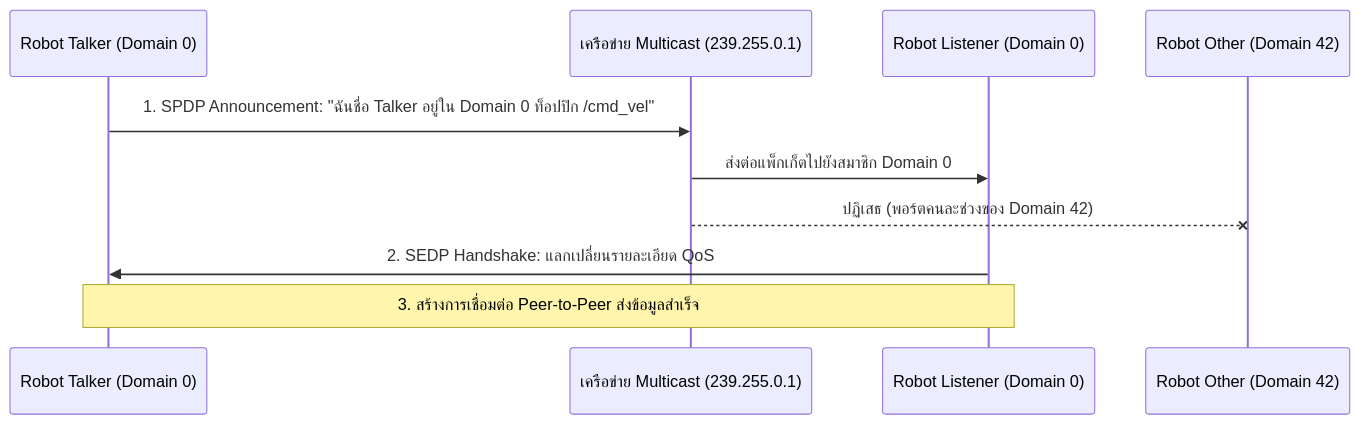
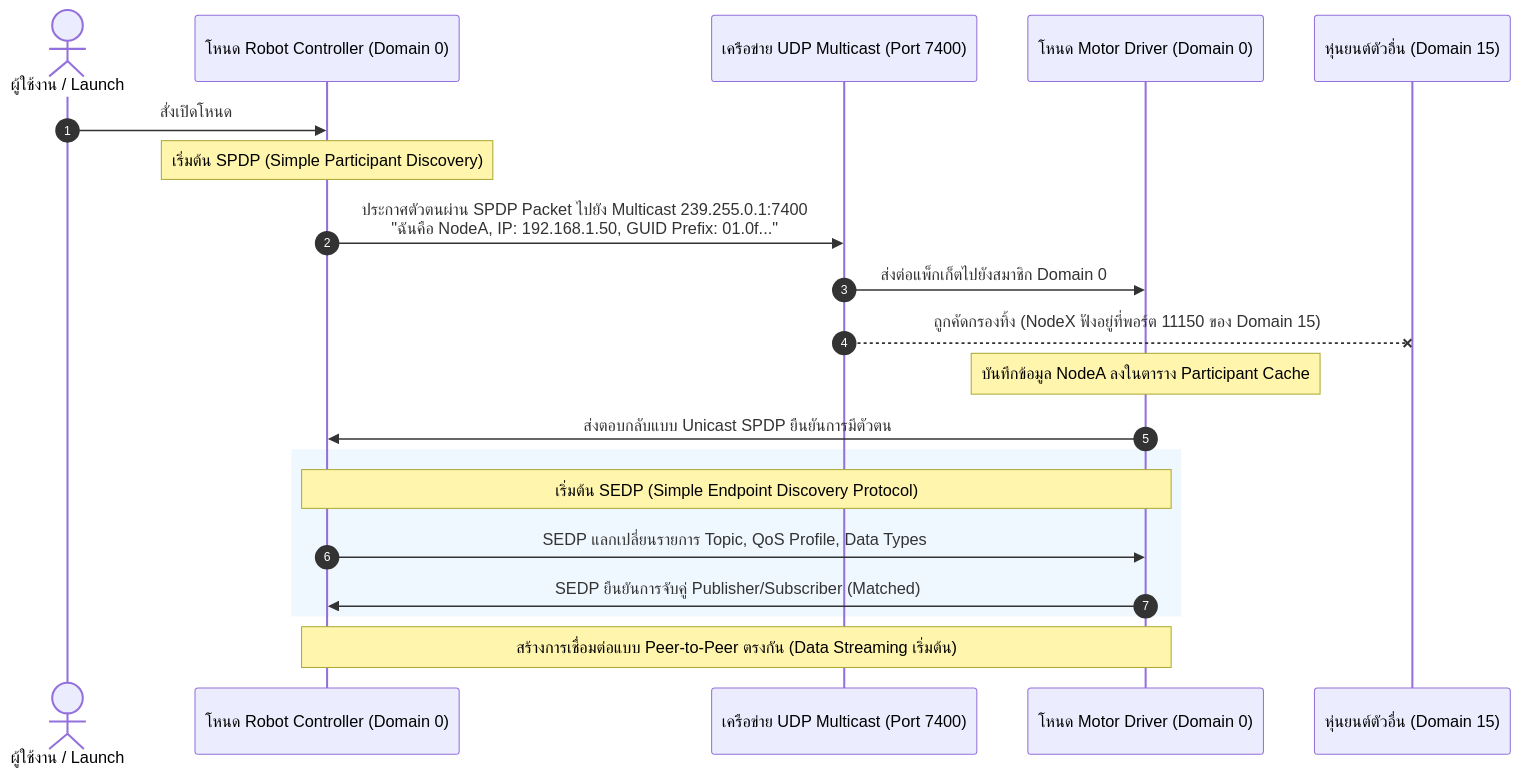
One commit to alfaXphoori/ros2 changed the second of 3 diagrams in Essential_ROS/Week_01_Environment_DDS/Readme.md. Above: the diagram before and after it, drawn with Mermaid. The commit also changed other lines of this file and 15 other files, not shown here.

````diff
--- a/Essential_ROS/Week_01_Environment_DDS/Readme.md
+++ b/Essential_ROS/Week_01_Environment_DDS/Readme.md
@@ -79,13 +102,25 @@
 ```mermaid
 sequenceDiagram
-    participant NodeA as Robot Talker (Domain 0)
-    participant Multicast as เครือข่าย Multicast (239.255.0.1)
-    participant NodeB as Robot Listener (Domain 0)
-    participant NodeC as Robot Other (Domain 42)
+    autonumber
+    actor Dev as ผู้ใช้งาน / Launch
+    participant NodeA as โหนด Robot Controller (Domain 0)
+    participant Net as เครือข่าย UDP Multicast (Port 7400)
+    participant NodeB as โหนด Motor Driver (Domain 0)
+    participant NodeX as หุ่นยนต์ตัวอื่น (Domain 15)
 
-    NodeA->>Multicast: 1. SPDP Announcement: "ฉันชื่อ Talker อยู่ใน Domain 0 ท็อปปิก /cmd_vel"
-    Multicast->>NodeB: ส่งต่อแพ็กเก็ตไปยังสมาชิก Domain 0
-    Multicast--xNodeC: ปฏิเสธ (พอร์ตคนละช่วงของ Domain 42)
-    NodeB->>NodeA: 2. SEDP Handshake: แลกเปลี่ยนรายละเอียด QoS
-    Note over NodeA,NodeB: 3. สร้างการเชื่อมต่อ Peer-to-Peer ส่งข้อมูลสำเร็จ
+    Dev->>NodeA: สั่งเปิดโหนด
+    Note over NodeA: เริ่มต้น SPDP (Simple Participant Discovery)
+    NodeA->>Net: ประกาศตัวตนผ่าน SPDP Packet ไปยัง Multicast 239.255.0.1:7400<br/>"ฉันคือ NodeA, IP: 192.168.1.50, GUID Prefix: 01.0f..."
+    Net->>NodeB: ส่งต่อแพ็กเก็ตไปยังสมาชิก Domain 0
+    Net--xNodeX: ถูกคัดกรองทิ้ง (NodeX ฟังอยู่ที่พอร์ต 11150 ของ Domain 15)
+    Note over NodeB: บันทึกข้อมูล NodeA ลงในตาราง Participant Cache
+    NodeB->>NodeA: ส่งตอบกลับแบบ Unicast SPDP ยืนยันการมีตัวตน
+    
+    rect rgb(240, 248, 255)
+        Note over NodeA,NodeB: เริ่มต้น SEDP (Simple Endpoint Discovery Protocol)
+        NodeA->>NodeB: SEDP แลกเปลี่ยนรายการ Topic, QoS Profile, Data Types
+        NodeB->>NodeA: SEDP ยืนยันการจับคู่ Publisher/Subscriber (Matched)
+    end
+    
+    Note over NodeA,NodeB: สร้างการเชื่อมต่อแบบ Peer-to-Peer ตรงกัน (Data Streaming เริ่มต้น)
 ```
````
